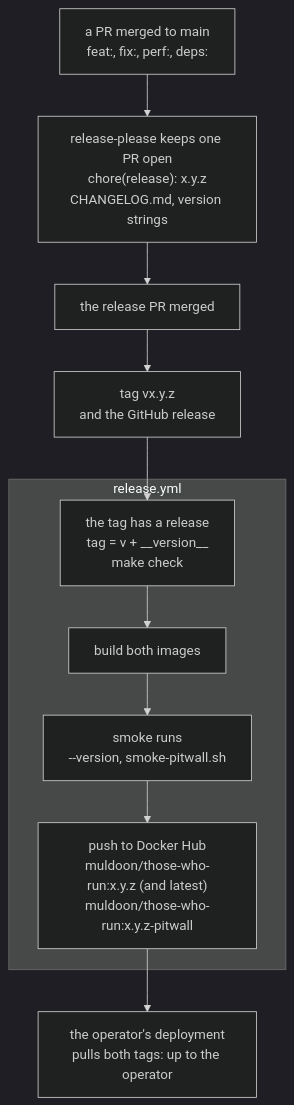
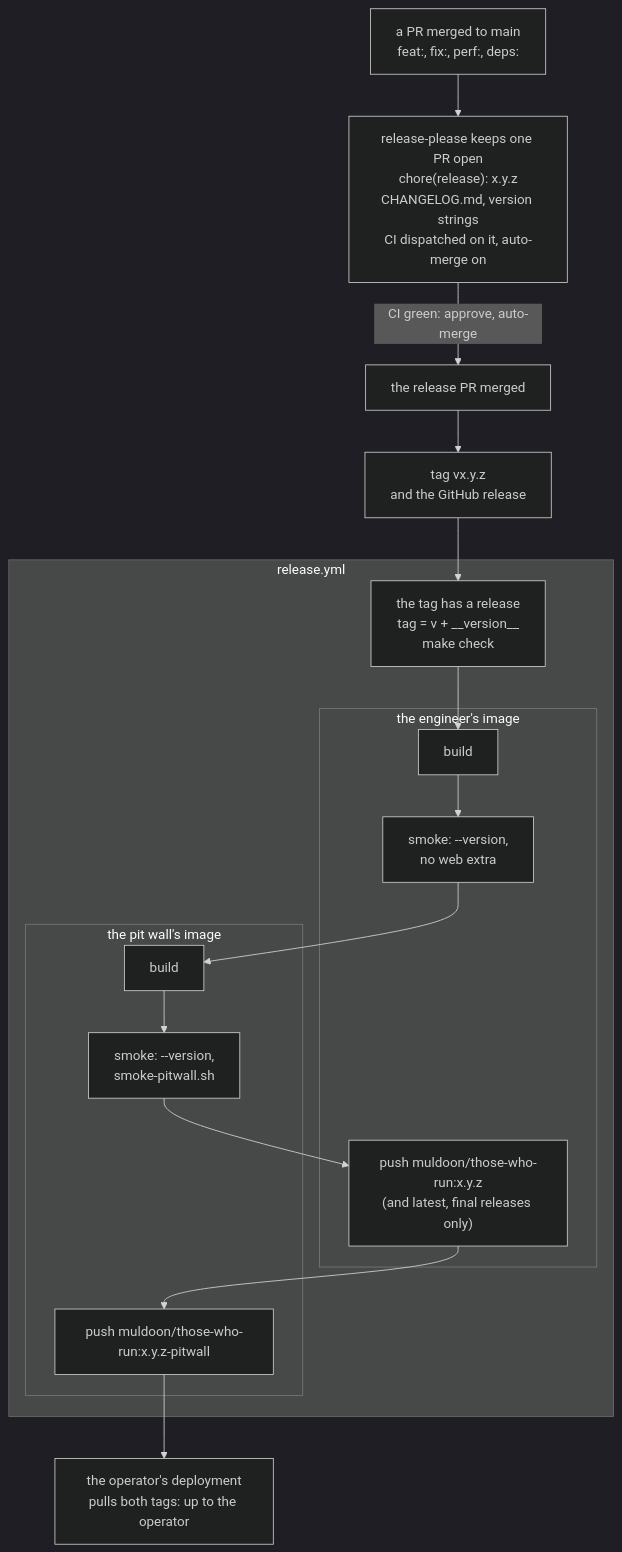
One commit to those-who-run/those-who-run changed the third of 3 diagrams in docs/architecture.md. Above: the diagram before and after it, drawn with Mermaid (dark theme). The commit also changed other lines of this file, not shown here.

Commit message:
docs: the release diagram shows the release PR's CI and approval, and each image's chain

````diff
--- a/docs/architecture.md
+++ b/docs/architecture.md
@@ -109,16 +109,26 @@
 ```mermaid
 flowchart TD
   pr["a PR merged to main<br/>feat:, fix:, perf:, deps:"]
-  rpr["release-please keeps one PR open<br/>chore(release): x.y.z<br/>CHANGELOG.md, version strings"]
+  rpr["release-please keeps one PR open<br/>chore(release): x.y.z<br/>CHANGELOG.md, version strings<br/>CI dispatched on it, auto-merge on"]
   merge["the release PR merged"]
   tag["tag vx.y.z<br/>and the GitHub release"]
   subgraph rel["release.yml"]
     check["the tag has a release<br/>tag = v + __version__<br/>make check"]
-    build["build both images"]
-    smoke["smoke runs<br/>--version, smoke-pitwall.sh"]
-    push["push to Docker Hub<br/>muldoon/those-who-run:x.y.z (and latest)<br/>muldoon/those-who-run:x.y.z-pitwall"]
+    subgraph eng["the engineer's image"]
+      buildE["build"]
+      smokeE["smoke: --version,<br/>no web extra"]
+      pushE["push muldoon/those-who-run:x.y.z<br/>(and latest, final releases only)"]
+    end
+    subgraph pw["the pit wall's image"]
+      buildP["build"]
+      smokeP["smoke: --version,<br/>smoke-pitwall.sh"]
+      pushP["push muldoon/those-who-run:x.y.z-pitwall"]
+    end
   end
   deploy["the operator's deployment<br/>pulls both tags: up to the operator"]
 
-  pr --> rpr --> merge --> tag --> check --> build --> smoke --> push --> deploy
+  pr --> rpr
+  rpr -- "CI green: approve, auto-merge" --> merge
+  merge --> tag --> check
+  check --> buildE --> smokeE --> buildP --> smokeP --> pushE --> pushP --> deploy
 ```
````
